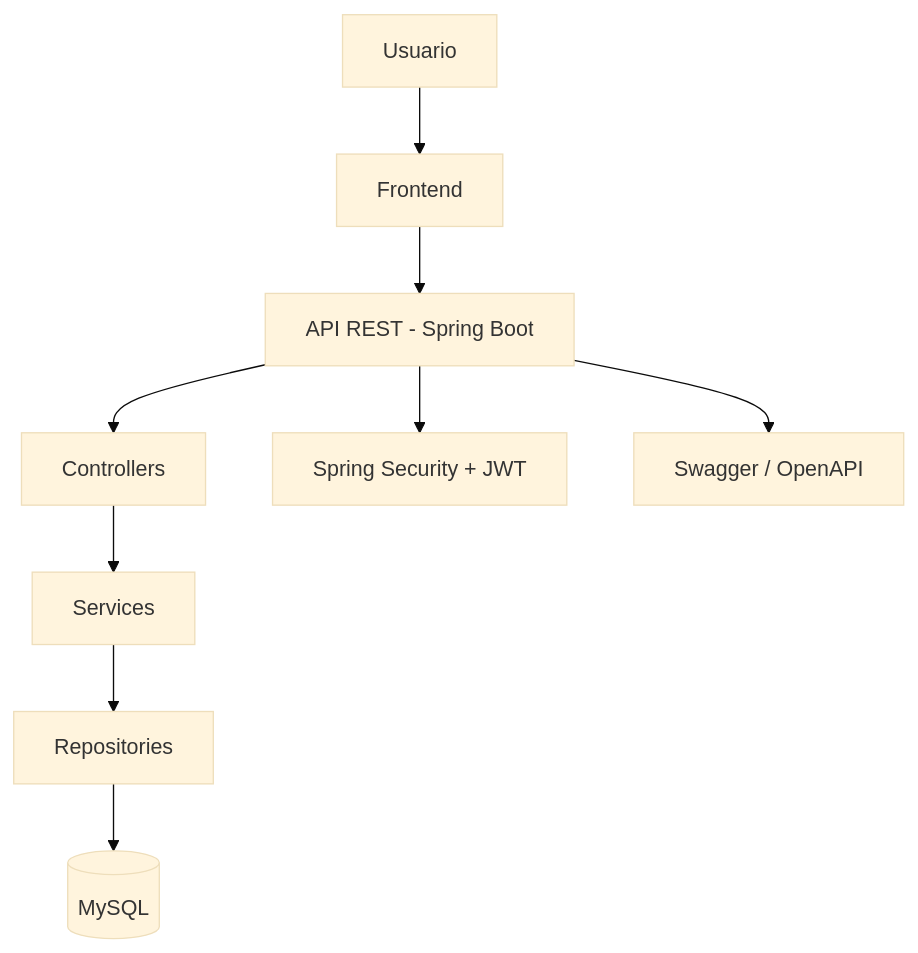
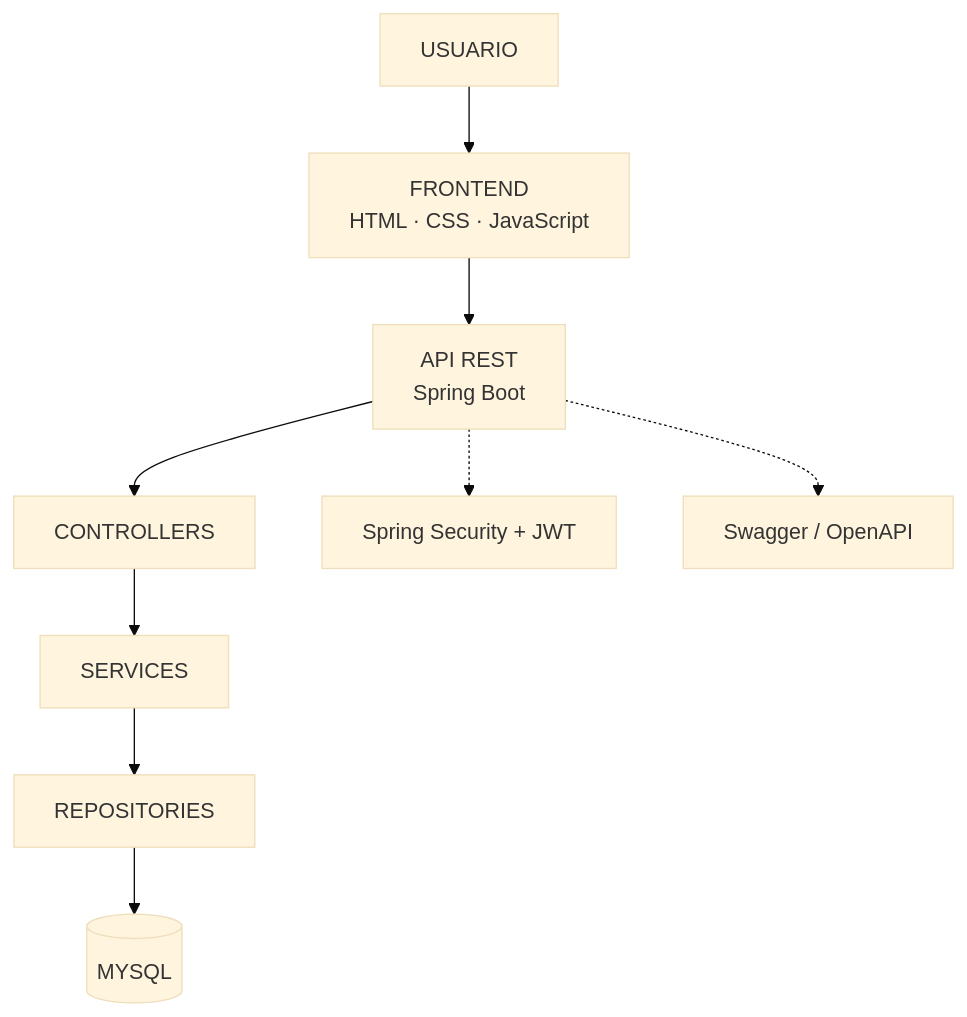
One commit to whoissarisss/LogiTrackBySaris changed the second of 2 diagrams in README.md. Above: the diagram before and after it, drawn with Mermaid (base theme). The commit also changed other lines of this file, not shown here.

````diff
--- a/README.md
+++ b/README.md
@@ -156,12 +247,23 @@
 ```mermaid
-flowchart TD
-    A[Usuario] --> B[Frontend]
-    B --> C[API REST - Spring Boot]
-    C --> D[Controllers]
-    D --> E[Services]
-    E --> F[Repositories]
-    F --> G[(MySQL)]
-
-    C --> H[Spring Security + JWT]
-    C --> I[Swagger / OpenAPI]
+flowchart TB
+    U[USUARIO]
+    FE[FRONTEND<br/>HTML · CSS · JavaScript]
+    API[API REST<br/>Spring Boot]
+    CT[CONTROLLERS]
+    SV[SERVICES]
+    RP[REPOSITORIES]
+    DB[(MYSQL)]
+    
+    U --> FE
+    FE --> API
+    API --> CT
+    CT --> SV
+    SV --> RP
+    RP --> DB
+    
+    SEC[Spring Security + JWT]
+    DOC[Swagger / OpenAPI]
+    
+    API -.-> SEC
+    API -.-> DOC
 ```
````
